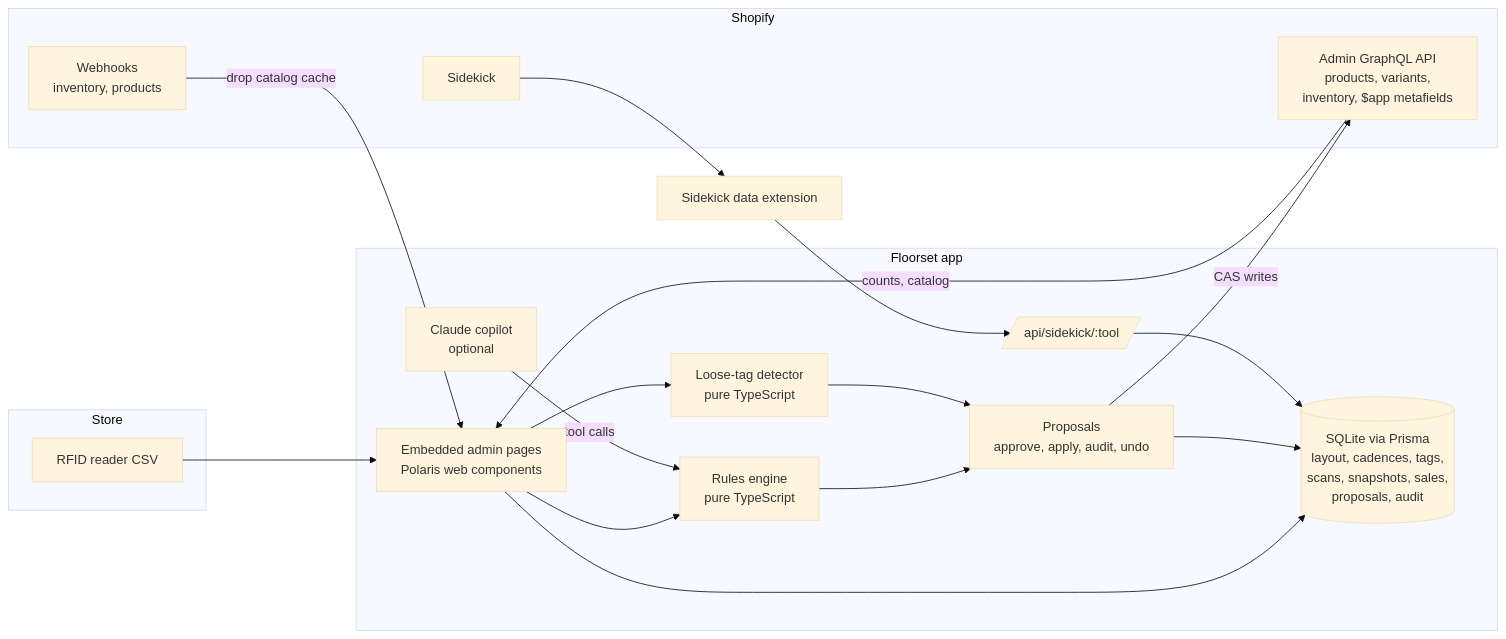
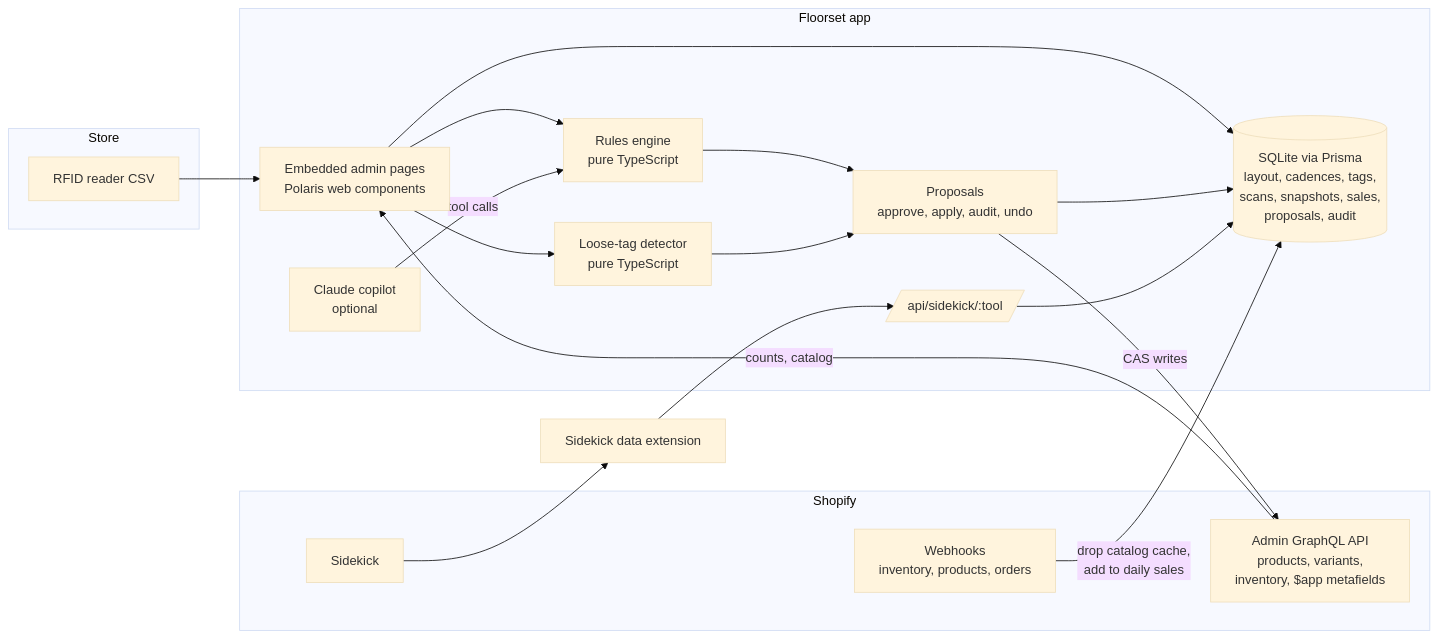
The diagram in README.md (dvnyvo/floorset), drawn with Mermaid (base theme) before and after one commit. The commit also changed other lines of this file and 3 other files, not shown here.

````diff
--- a/README.md
+++ b/README.md
@@ -38,33 +38,33 @@
 ```mermaid
 flowchart LR
   subgraph Store
     R[RFID reader CSV]
   end
   subgraph Shopify
     A[Admin GraphQL API<br/>products, variants,<br/>inventory, $app metafields]
-    WH[Webhooks<br/>inventory, products]
+    WH[Webhooks<br/>inventory, products, orders]
     SK[Sidekick]
   end
   subgraph Floorset app
     UI[Embedded admin pages<br/>Polaris web components]
     E[Rules engine<br/>pure TypeScript]
     G[Loose-tag detector<br/>pure TypeScript]
     P[Proposals<br/>approve, apply, audit, undo]
     DB[(SQLite via Prisma<br/>layout, cadences, tags,<br/>scans, snapshots, sales,<br/>proposals, audit)]
     API[/api/sidekick/:tool/]
     C[Claude copilot<br/>optional]
   end
   X[Sidekick data extension]
 
   R --> UI --> DB
   A -- counts, catalog --> UI
   UI --> E
   UI --> G
   C -- tool calls --> E
   E --> P
   G --> P
   P -- CAS writes --> A
   P --> DB
   SK --> X --> API --> DB
-  WH -- drop catalog cache --> UI
+  WH -- drop catalog cache,<br/>add to daily sales --> DB
 ```
````
